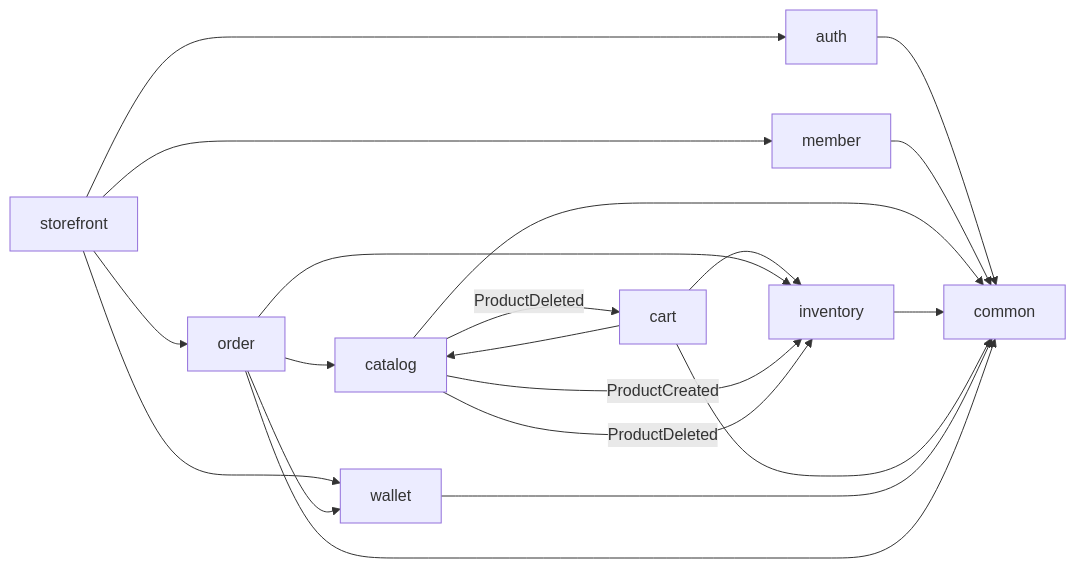
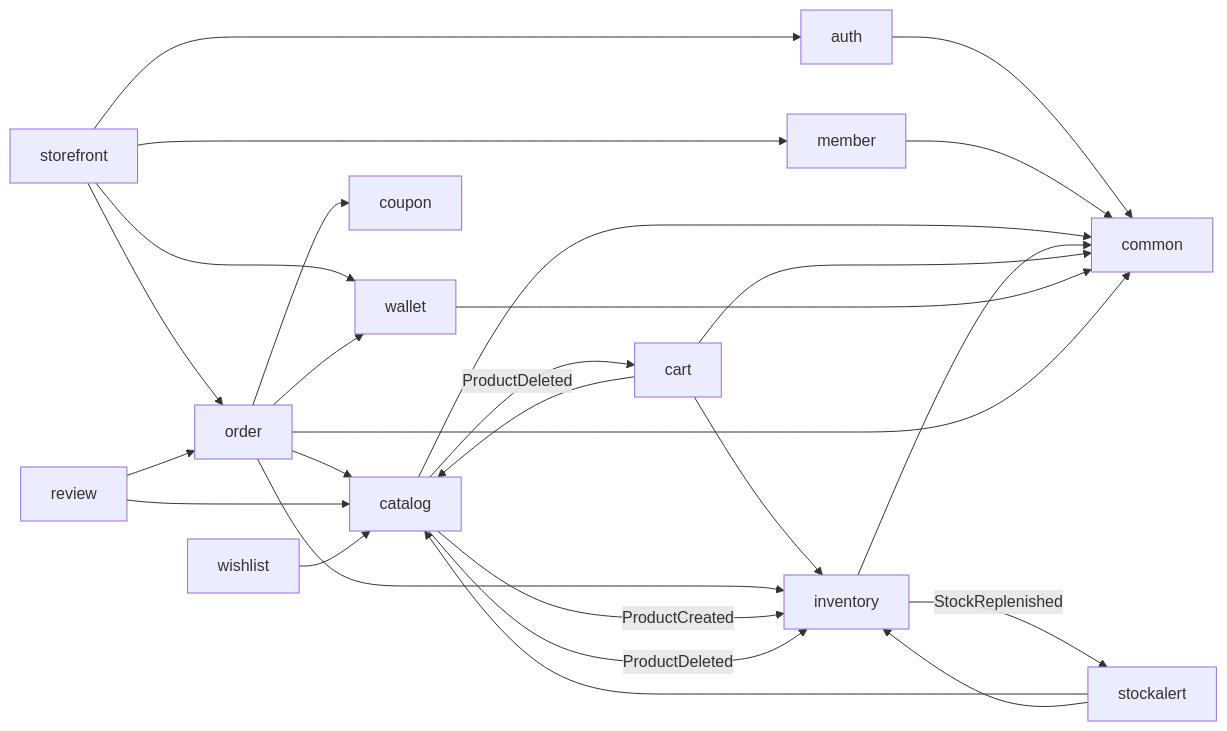
One commit to xixvivji/SKALA-shop-api changed the first of 2 diagrams in docs/architecture.md. Above: the diagram before and after it, drawn with Mermaid. The commit also changed other lines of this file and 3 other files, not shown here.

````diff
--- a/docs/architecture.md
+++ b/docs/architecture.md
@@ -60,22 +64,29 @@
 ```mermaid
 flowchart LR
     SF[storefront] --> A[auth]
     SF --> M[member]
     SF --> W[wallet]
     SF --> O[order]
     C[cart] --> CA[catalog]
     C --> I[inventory]
     O --> CA
     O --> I
     O --> W
+    O --> CP[coupon]
+    RV[review] --> O
+    RV --> CA
+    WL[wishlist] --> CA
+    SA[stockalert] --> CA
+    SA --> I
+    I -->|StockReplenished| SA
     CA -->|ProductCreated| I
     CA -->|ProductDeleted| I
     CA -->|ProductDeleted| C
     A --> CO[common]
     M --> CO
     CA --> CO
     I --> CO
     C --> CO
     W --> CO
     O --> CO
 ```
````
